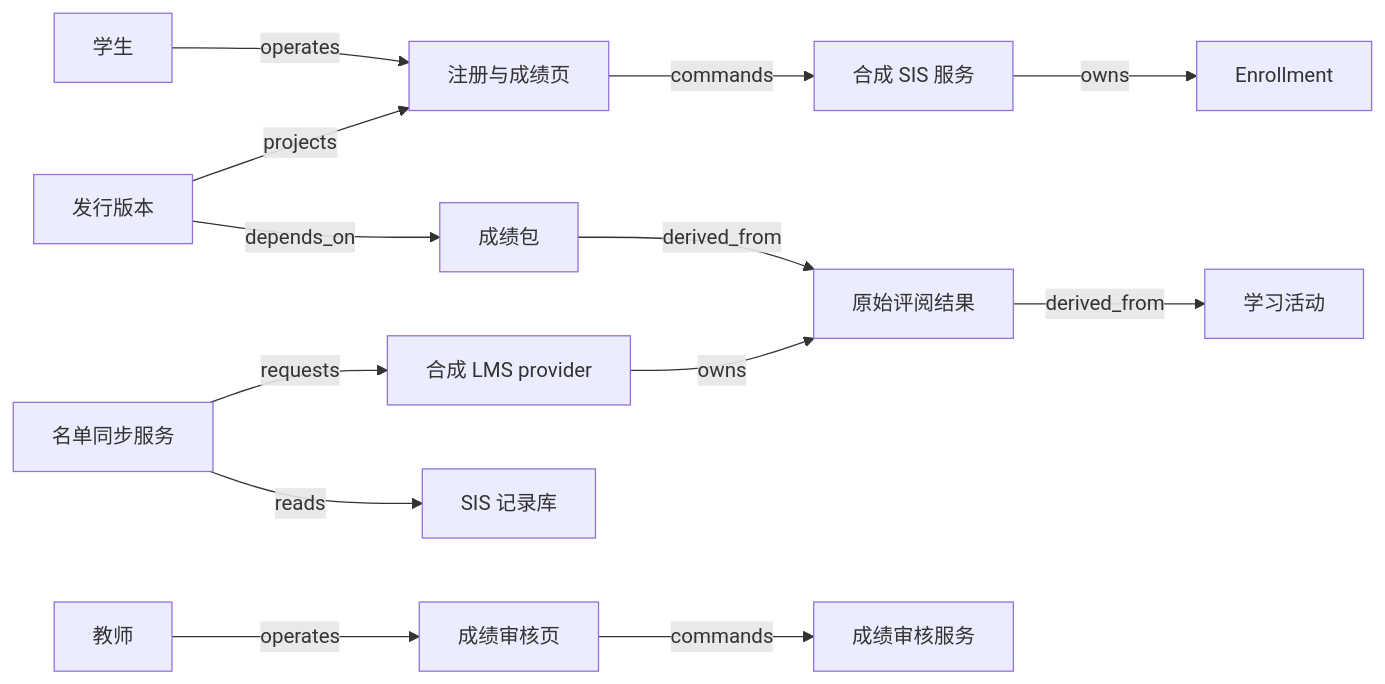
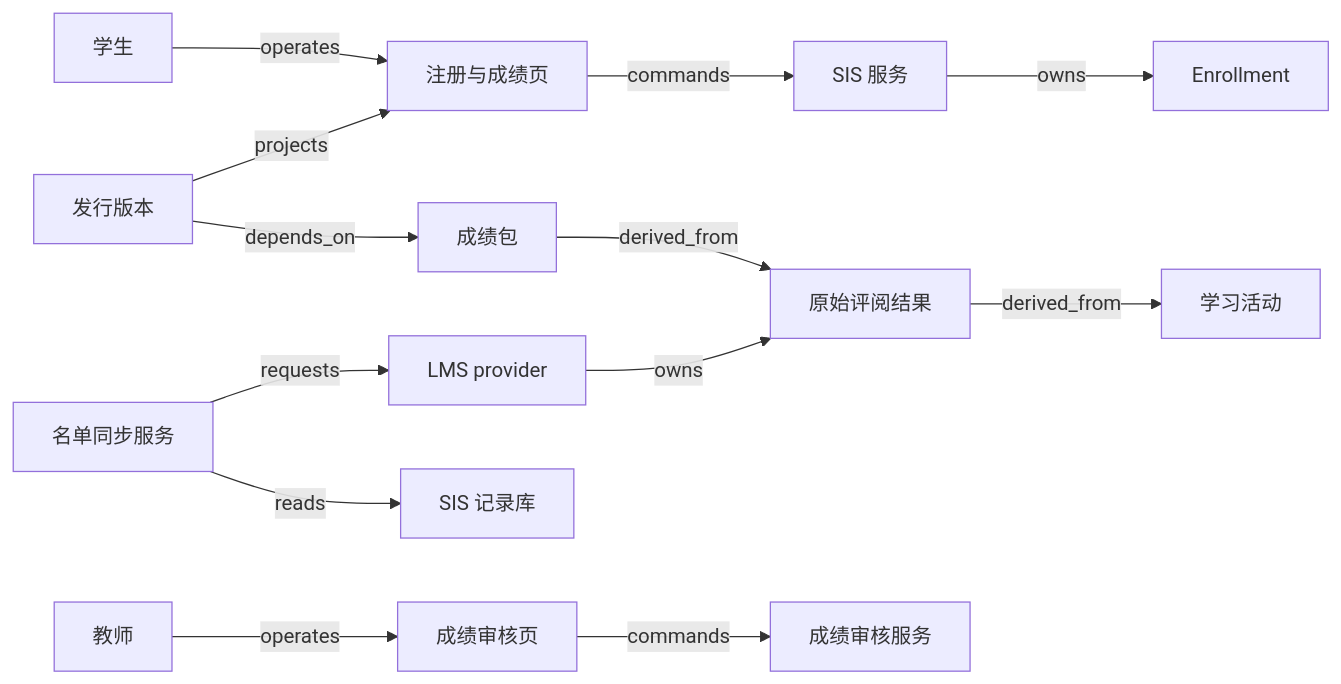
Before and after one commit to lesPrivilege/Praxis: the diagram in books/saas-engineering/packages/people-service/V17.md, drawn with Mermaid. The commit also changed other lines of this file and 190 other files, not shown here.

````diff
--- a/books/saas-engineering/packages/people-service/V17.md
+++ b/books/saas-engineering/packages/people-service/V17.md
@@ -42,15 +42,15 @@
 ```mermaid
 flowchart LR
   Student[学生] -->|operates| Portal[注册与成绩页]
-  Portal -->|commands| SIS[合成 SIS 服务]
+  Portal -->|commands| SIS[SIS 服务]
   SIS -->|owns| Enrollment[Enrollment]
   Sync[名单同步服务] -->|reads| SISStore[SIS 记录库]
-  Sync -->|requests| LMS[合成 LMS provider]
+  Sync -->|requests| LMS[LMS provider]
   LMS -->|owns| Result[原始评阅结果]
   Result -->|derived_from| Activity[学习活动]
   Teacher[教师] -->|operates| ReviewUI[成绩审核页]
   ReviewUI -->|commands| Approval[成绩审核服务]
   Package[成绩包] -->|derived_from| Result
   Transcript[发行版本] -->|depends_on| Package
   Transcript -->|projects| Portal
 ```
````
